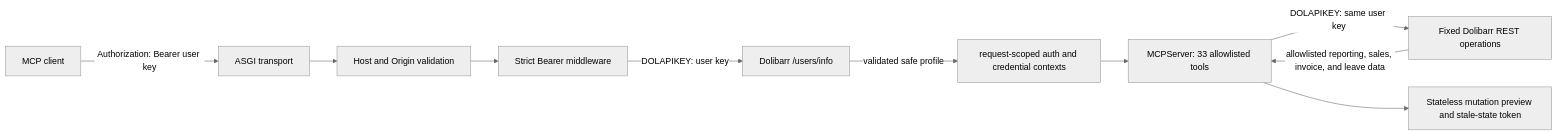
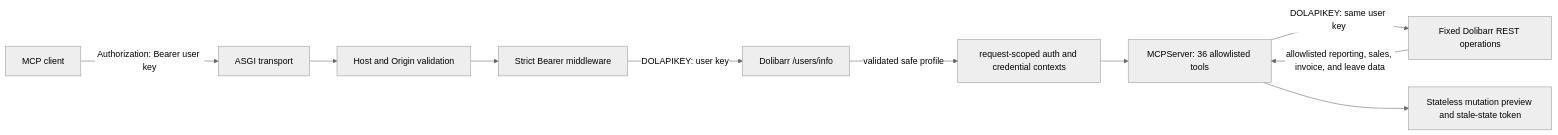
One commit to TestMasterAmberteam/dolibarr-mcp-server changed the diagram in README.md. Above: the diagram before and after it, drawn with Mermaid (neutral theme). The commit also changed other lines of this file and 19 other files, not shown here.

````diff
--- a/README.md
+++ b/README.md
@@ -39,12 +40,12 @@
 ```mermaid
 flowchart LR
     C[MCP client] -->|Authorization: Bearer user key| A[ASGI transport]
     A --> H[Host and Origin validation]
     H --> B[Strict Bearer middleware]
     B -->|DOLAPIKEY: user key| D[Dolibarr /users/info]
     D -->|validated safe profile| X[request-scoped auth and credential contexts]
-    X --> M[MCPServer: 33 allowlisted tools]
+    X --> M[MCPServer: 36 allowlisted tools]
     M -->|DOLAPIKEY: same user key| R[Fixed Dolibarr REST operations]
     R -->|allowlisted reporting, sales, invoice, and leave data| M
     M --> P[Stateless mutation preview and stale-state token]
 ```
````
